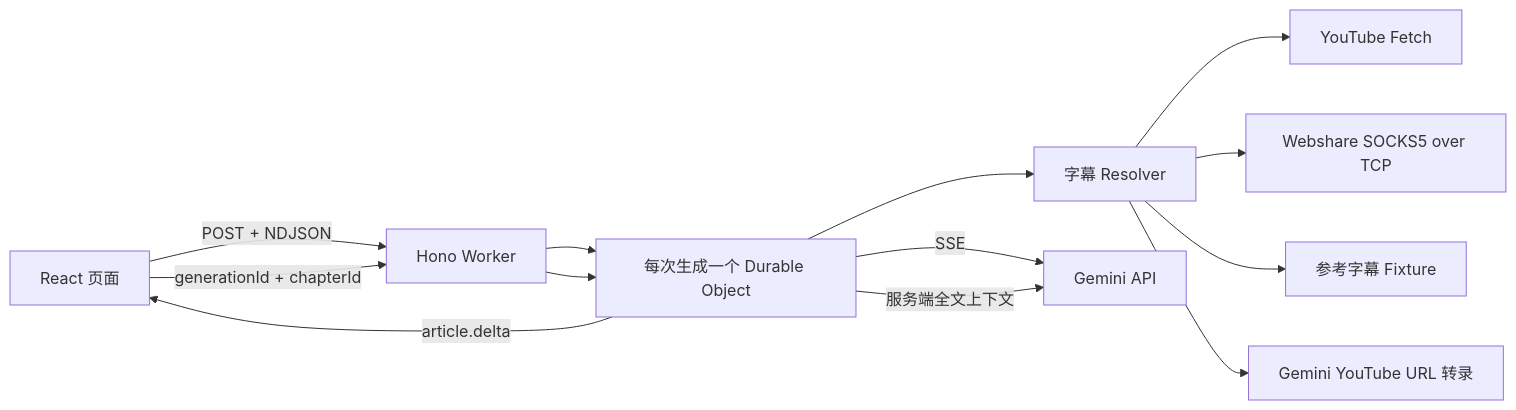
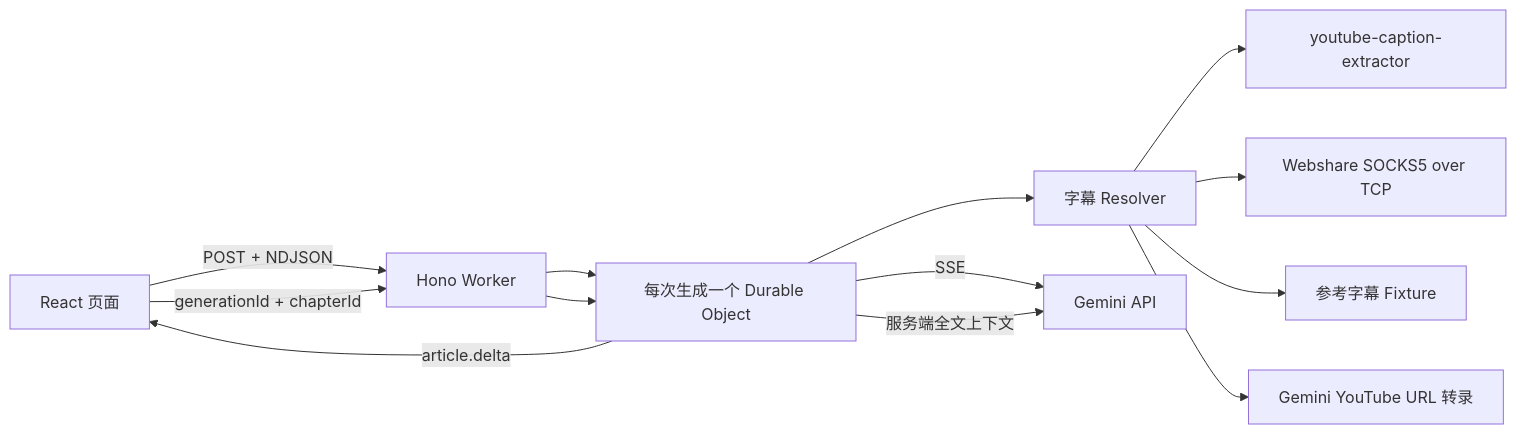
One commit to jay88159/youtube-dialogue-studio changed the diagram in README.md. Above: the diagram before and after it, drawn with Mermaid. The commit also changed other lines of this file and 24 other files, not shown here.

````diff
--- a/README.md
+++ b/README.md
@@ -42,15 +42,15 @@
 ```mermaid
 flowchart LR
     Browser["React 页面"] -->|"POST + NDJSON"| API["Hono Worker"]
     API --> Session["每次生成一个 Durable Object"]
     Session --> Resolver["字幕 Resolver"]
-    Resolver --> Direct["YouTube Fetch"]
+    Resolver --> Direct["youtube-caption-extractor"]
     Resolver --> Proxy["Webshare SOCKS5 over TCP"]
     Resolver --> Fixture["参考字幕 Fixture"]
     Resolver --> Video["Gemini YouTube URL 转录"]
     Session -->|"SSE"| Gemini["Gemini API"]
     Session -->|"article.delta"| Browser
     Browser -->|"generationId + chapterId"| API
     API --> Session
     Session -->|"服务端全文上下文"| Gemini
 ```
````
